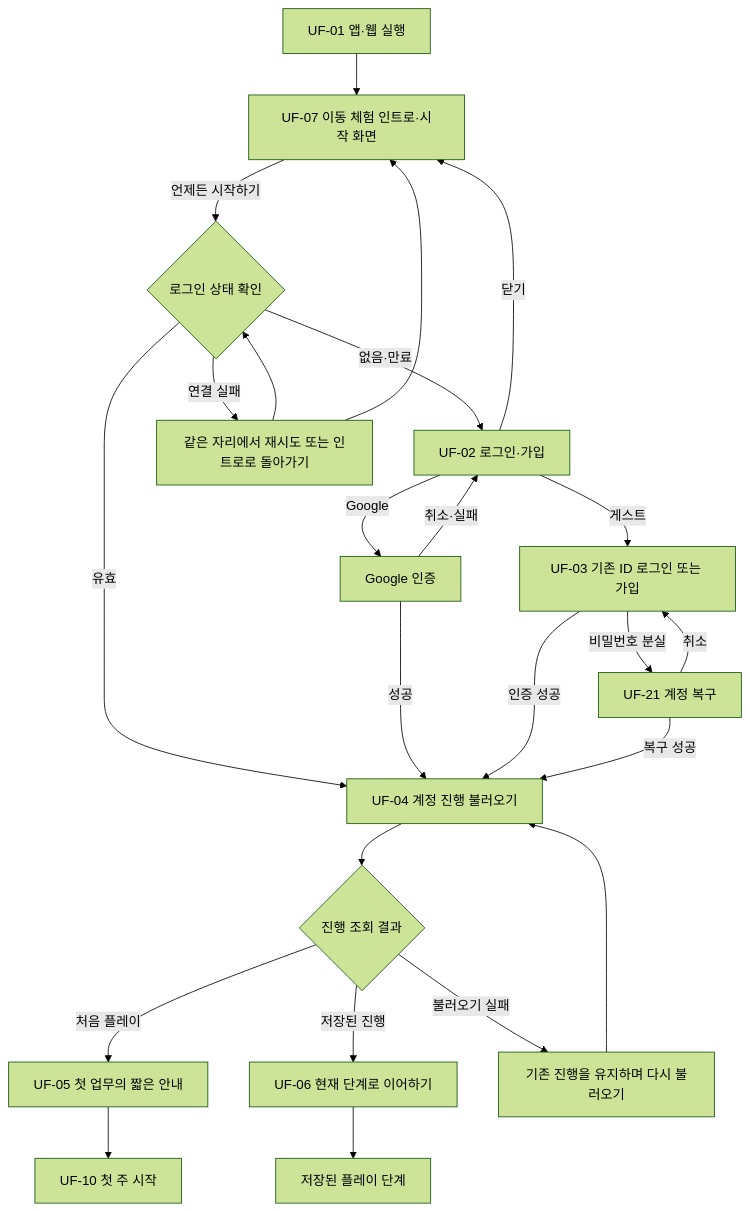
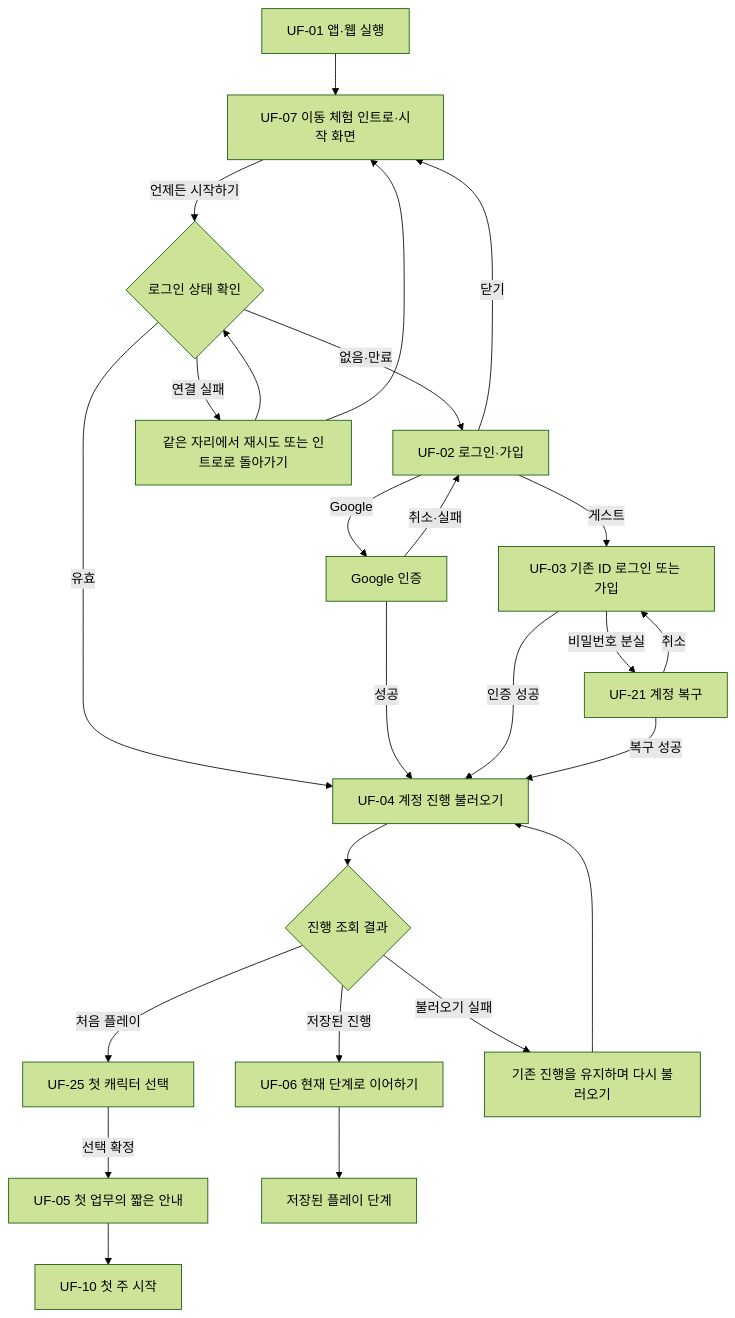
The first of 3 diagrams in docs/05-ux/user-flow.md (Sunghyun23/project-cp), drawn with Mermaid (forest theme) before and after one commit. The commit also changed other lines of this file and 146 other files, not shown here.

````diff
--- a/docs/05-ux/user-flow.md
+++ b/docs/05-ux/user-flow.md
@@ -81,26 +81,27 @@
 ```mermaid
 flowchart TD
     launch["UF-01 앱·웹 실행"] --> intro["UF-07 이동 체험 인트로·시작 화면"]
     intro -->|"언제든 시작하기"| session{"로그인 상태 확인"}
     session -->|"유효"| restore["UF-04 계정 진행 불러오기"]
     session -->|"없음·만료"| auth["UF-02 로그인·가입"]
     session -->|"연결 실패"| retry["같은 자리에서 재시도 또는 인트로로 돌아가기"]
     retry --> session
     retry --> intro
     auth -->|"Google"| google["Google 인증"]
     auth -->|"게스트"| guest["UF-03 기존 ID 로그인 또는 가입"]
     auth -->|"닫기"| intro
     google -->|"성공"| restore
     google -->|"취소·실패"| auth
     guest -->|"인증 성공"| restore
     guest -->|"비밀번호 분실"| recovery["UF-21 계정 복구"]
     recovery -->|"복구 성공"| restore
     recovery -->|"취소"| guest
     restore --> result{"진행 조회 결과"}
-    result -->|"처음 플레이"| first["UF-05 첫 업무의 짧은 안내"]
+    result -->|"처음 플레이"| character["UF-25 첫 캐릭터 선택"]
+    character -->|"선택 확정"| first["UF-05 첫 업무의 짧은 안내"]
     result -->|"저장된 진행"| resume["UF-06 현재 단계로 이어하기"]
     result -->|"불러오기 실패"| loadretry["기존 진행을 유지하며 다시 불러오기"]
     loadretry --> restore
     first --> week["UF-10 첫 주 시작"]
     resume --> play["저장된 플레이 단계"]
 ```
````
